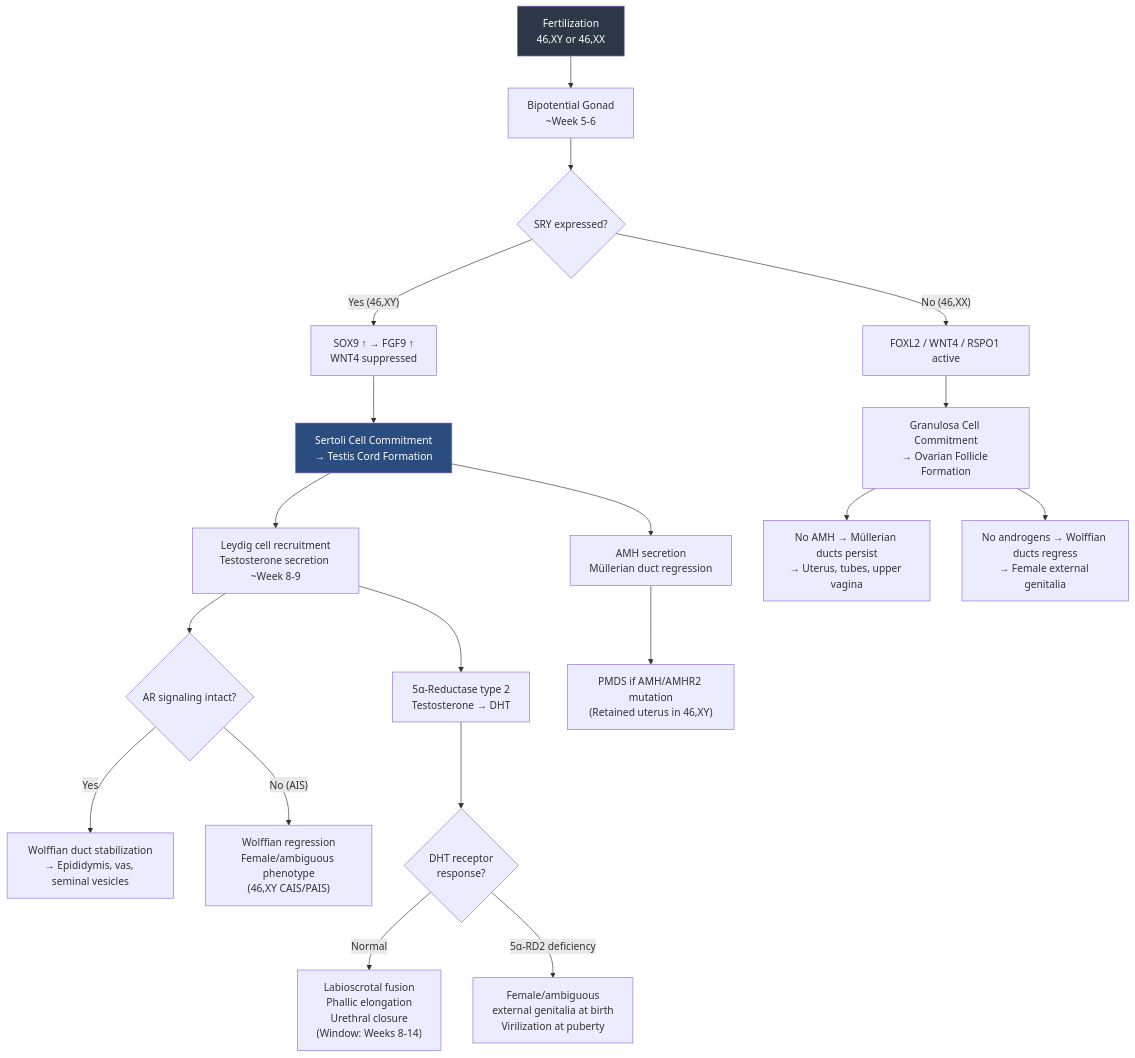
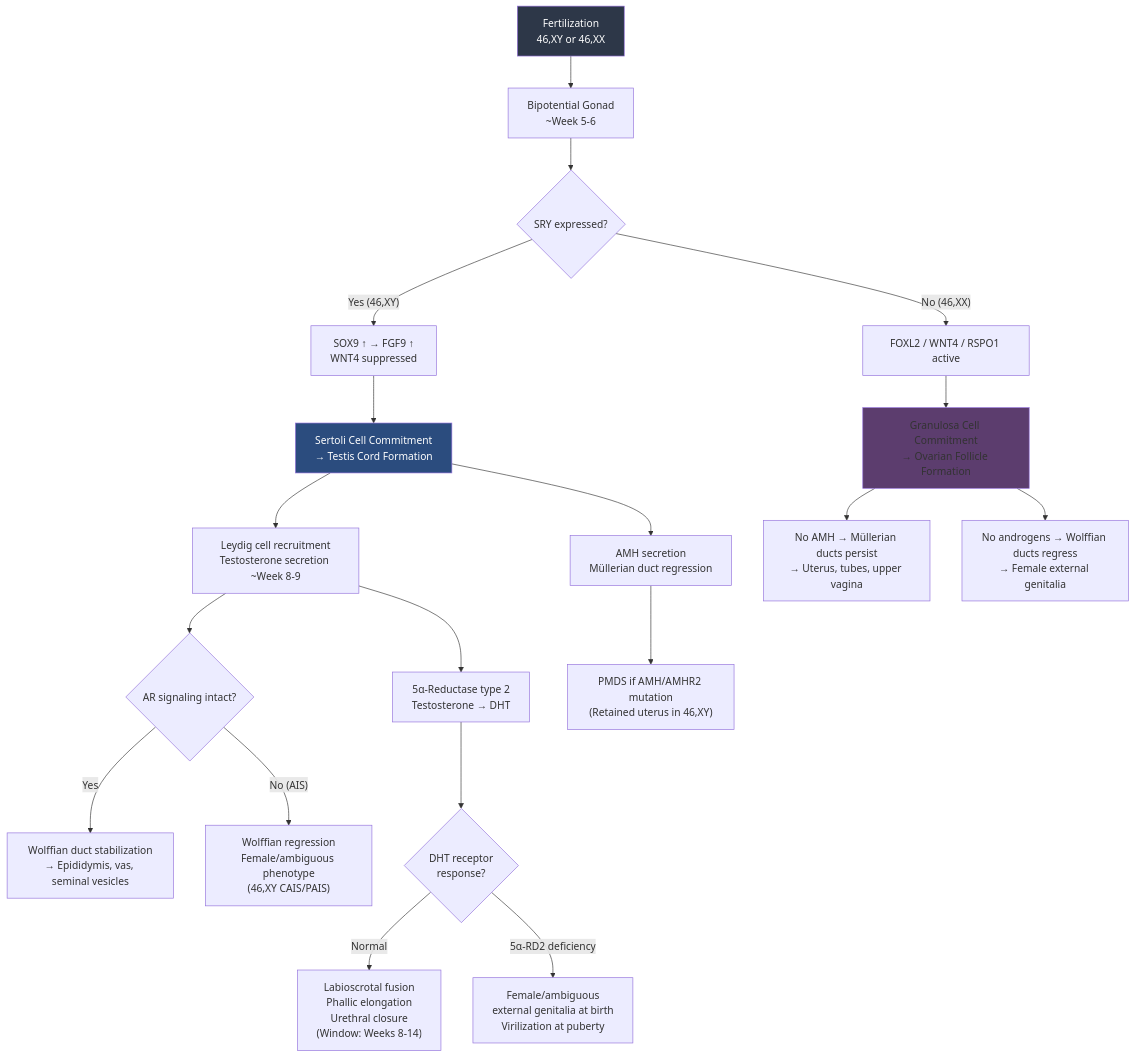
The diagram in topics/health_sciences/medicine/human_sexuality/lesson_03_sexual_development_differentiation.md (blebleblee/synapse), drawn with Mermaid before and after one commit. The commit also changed 187 other files, not shown here.

````diff
--- a/topics/health_sciences/medicine/human_sexuality/lesson_03_sexual_development_differentiation.md
+++ b/topics/health_sciences/medicine/human_sexuality/lesson_03_sexual_development_differentiation.md
@@ -35,32 +35,32 @@
 ```mermaid
 flowchart TD
     A["Fertilization\n46,XY or 46,XX"] --> B["Bipotential Gonad\n~Week 5-6"]
     B --> C{"SRY expressed?"}
 
     C -- "Yes (46,XY)" --> D["SOX9 ↑ → FGF9 ↑\nWNT4 suppressed"]
     C -- "No (46,XX)" --> E["FOXL2 / WNT4 / RSPO1 active"]
 
     D --> F["Sertoli Cell Commitment\n→ Testis Cord Formation"]
     E --> G["Granulosa Cell Commitment\n→ Ovarian Follicle Formation"]
 
     F --> H["AMH secretion\nMüllerian duct regression"]
     F --> I["Leydig cell recruitment\nTestosterone secretion ~Week 8-9"]
 
     G --> J["No AMH → Müllerian ducts persist\n→ Uterus, tubes, upper vagina"]
     G --> K["No androgens → Wolffian ducts regress\n→ Female external genitalia"]
 
     I --> L{"AR signaling intact?"}
     L -- "Yes" --> M["Wolffian duct stabilization\n→ Epididymis, vas, seminal vesicles"]
     L -- "No (AIS)" --> N["Wolffian regression\nFemale/ambiguous phenotype\n(46,XY CAIS/PAIS)"]
 
     I --> O["5α-Reductase type 2\nTestosterone → DHT"]
     O --> P{"DHT receptor\nresponse?"}
     P -- "Normal" --> Q["Labioscrotal fusion\nPhallic elongation\nUrethral closure\n(Window: Weeks 8-14)"]
     P -- "5α-RD2 deficiency" --> R["Female/ambiguous\nexternal genitalia at birth\nVirilization at puberty"]
 
     H --> S["PMDS if AMH/AMHR2 mutation\n(Retained uterus in 46,XY)"]
 
     style A fill:#2d3748,color:#fff
     style F fill:#2b4c7e,color:#fff
-    style G fill:#5c3d6
+    style G fill:#5c3d6e
 ```
````
